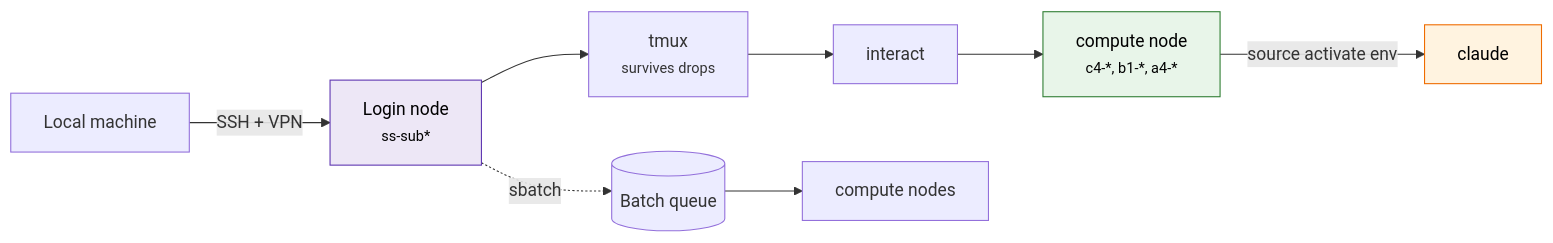
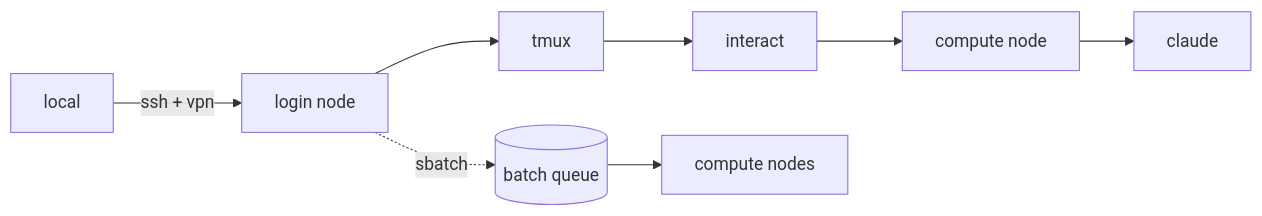
One commit to ChenHsieh/sapelo2-boilerplate changed the diagram in docs/index.md. Above: the diagram before and after it, drawn with Mermaid. The commit also changed other lines of this file and 14 other files, not shown here.

````diff
--- a/docs/index.md
+++ b/docs/index.md
@@ -66,13 +31,10 @@
 ```mermaid
 flowchart LR
-    L[Local machine] -->|SSH + VPN| G[Login node<br/><small>ss-sub*</small>]
-    G --> T[tmux<br/><small>survives drops</small>]
+    L[local] -->|ssh + vpn| G[login node]
+    G --> T[tmux]
     T --> I[interact]
-    I --> C[compute node<br/><small>c4-*, b1-*, a4-*</small>]
-    C -->|source activate env| K[claude]
-    G -.->|sbatch| B[(Batch queue)]
+    I --> C[compute node]
+    C --> K[claude]
+    G -.->|sbatch| B[(batch queue)]
     B --> H[compute nodes]
-    style G fill:#ede7f6,stroke:#5e35b1,color:#000
-    style C fill:#e8f5e9,stroke:#2e7d32,color:#000
-    style K fill:#fff3e0,stroke:#ef6c00,color:#000
 ```
````
